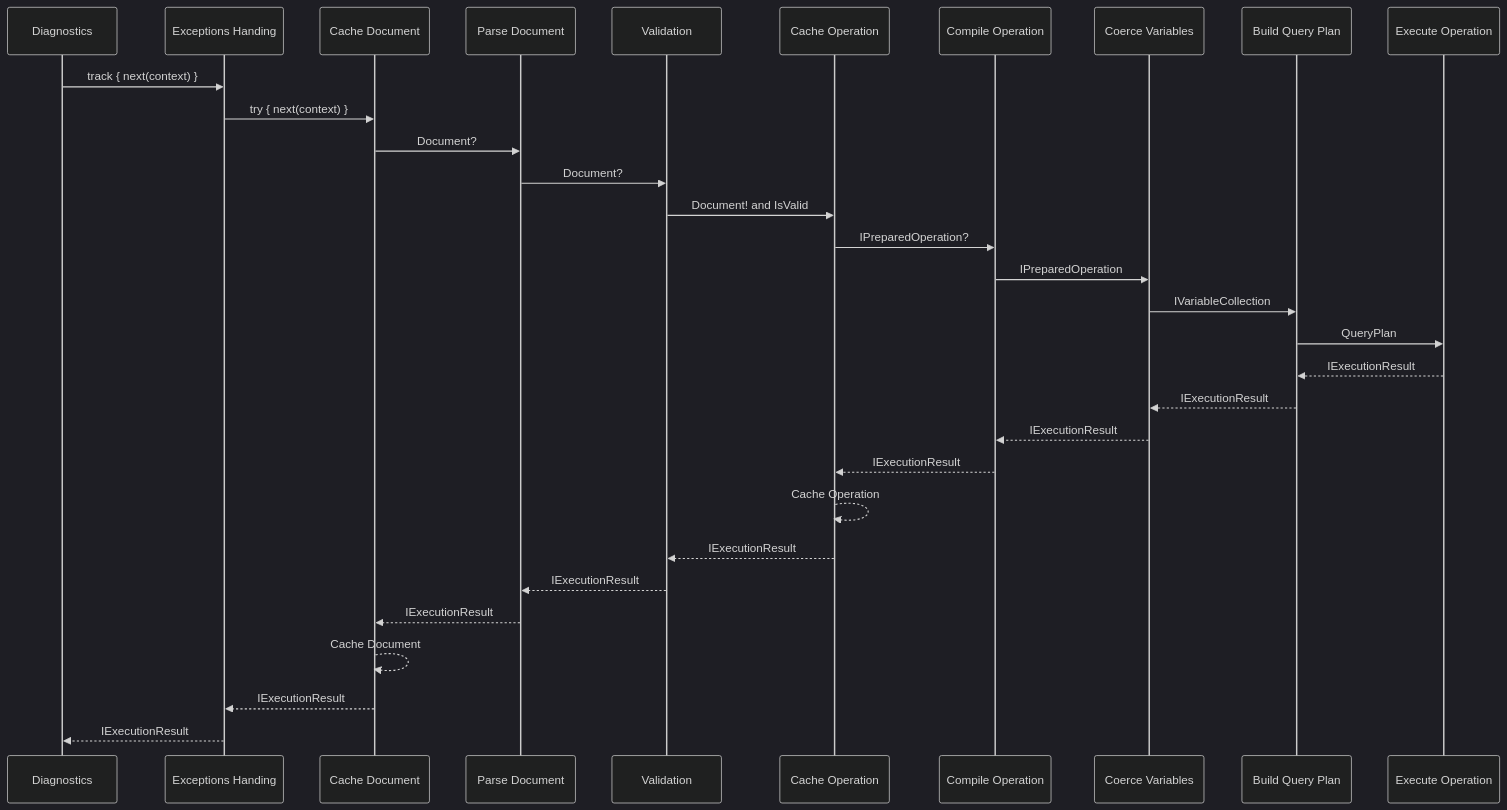
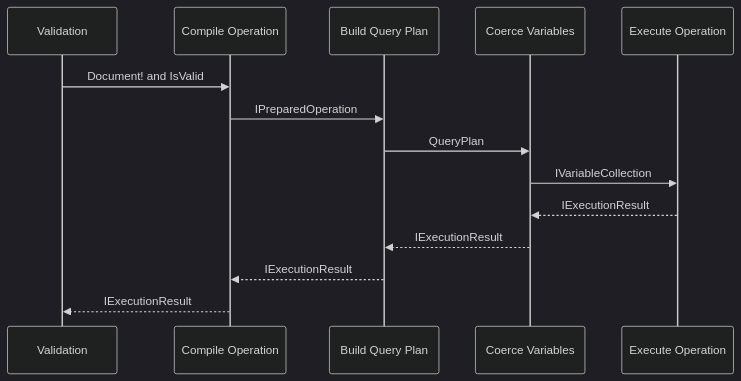
Before and after one commit to ChilliCream/graphql-platform: the second of 2 diagrams in website/src/blog/2021-09-27-hot-chocolate-12/2021-09-27-hot-chocolate-12.md, drawn with Mermaid (dark theme). The commit also changed other lines of this file, not shown here.

````diff
--- a/website/src/blog/2021-09-27-hot-chocolate-12/2021-09-27-hot-chocolate-12.md
+++ b/website/src/blog/2021-09-27-hot-chocolate-12/2021-09-27-hot-chocolate-12.md
@@ -43,24 +33,12 @@
 ```mermaid
 sequenceDiagram
-    Diagnostics->>Exceptions Handing: track { next(context) }
-    Exceptions Handing->>Cache Document: try { next(context) }
-    Cache Document->>Parse Document: Document?
-    Parse Document->>Validation: Document?
-    Validation->>Cache Operation: Document! and IsValid
-    Cache Operation->>Compile Operation: IPreparedOperation?
-    Compile Operation->>Coerce Variables: IPreparedOperation
-    Coerce Variables->>Build Query Plan: IVariableCollection
-    Build Query Plan->>Execute Operation: QueryPlan
+    Validation->>Compile Operation: Document! and IsValid
+    Compile Operation->>Build Query Plan: IPreparedOperation
+    Build Query Plan->>Coerce Variables: QueryPlan
+    Coerce Variables->>Execute Operation: IVariableCollection
 
-    Execute Operation-->>Build Query Plan: IExecutionResult
-    Build Query Plan-->>Coerce Variables: IExecutionResult
-    Coerce Variables-->>Compile Operation: IExecutionResult
-    Compile Operation-->>Cache Operation: IExecutionResult
-    Cache Operation-->>Cache Operation: Cache Operation
-    Cache Operation-->>Validation: IExecutionResult
-    Validation-->>Parse Document: IExecutionResult
-    Parse Document-->>Cache Document: IExecutionResult
-    Cache Document-->>Cache Document: Cache Document
-    Cache Document-->>Exceptions Handing: IExecutionResult
-    Exceptions Handing-->>Diagnostics: IExecutionResult
+    Execute Operation-->>Coerce Variables: IExecutionResult
+    Coerce Variables-->>Build Query Plan: IExecutionResult
+    Build Query Plan-->>Compile Operation: IExecutionResult
+    Compile Operation-->>Validation: IExecutionResult
 ```
````
